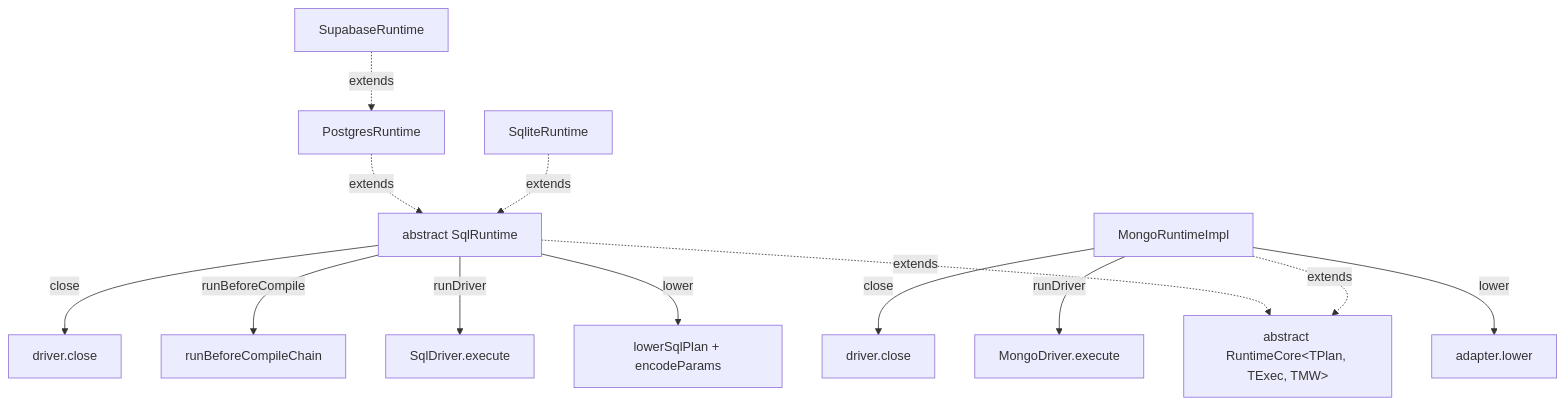
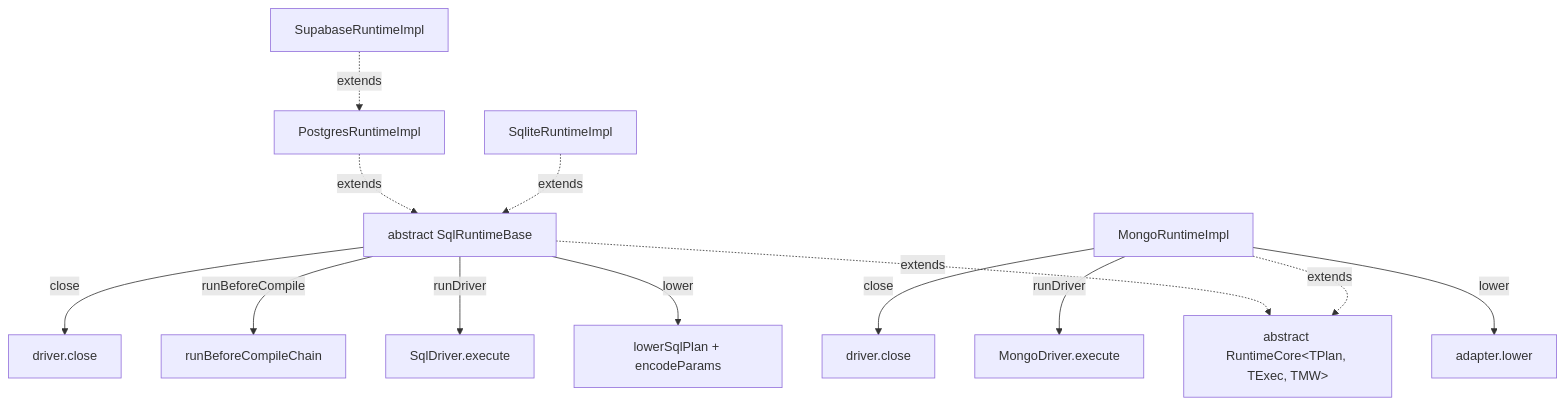
One commit to prisma/prisma-next changed the second of 3 diagrams in docs/architecture docs/subsystems/4. Runtime & Middleware Framework.md. Above: the diagram before and after it, drawn with Mermaid. The commit also changed other lines of this file and 1 other file, not shown here.

First line of the commit message:
review(F01): refresh stale v1 references in Runtime subsystem doc

````diff
--- a/docs/architecture docs/subsystems/4. Runtime & Middleware Framework.md
+++ b/docs/architecture docs/subsystems/4. Runtime & Middleware Framework.md
@@ -148,18 +148,18 @@
 ```mermaid
 flowchart TB
   Core[abstract RuntimeCore&lt;TPlan, TExec, TMW&gt;]
-  SR[abstract SqlRuntime]
+  SR[abstract SqlRuntimeBase]
   MR[MongoRuntimeImpl]
   SR -.extends.-> Core
   MR -.extends.-> Core
   SR -- lower --> LowerS[lowerSqlPlan + encodeParams]
   SR -- runDriver --> DriverS[SqlDriver.execute]
   SR -- runBeforeCompile --> BCC[runBeforeCompileChain]
   SR -- close --> CloseS[driver.close]
   MR -- lower --> LowerM[adapter.lower]
   MR -- runDriver --> DriverM[MongoDriver.execute]
   MR -- close --> CloseM[driver.close]
-  PR[PostgresRuntime] -.extends.-> SR
-  SLR[SqliteRuntime] -.extends.-> SR
-  SupR[SupabaseRuntime] -.extends.-> PR
+  PR[PostgresRuntimeImpl] -.extends.-> SR
+  SLR[SqliteRuntimeImpl] -.extends.-> SR
+  SupR[SupabaseRuntimeImpl] -.extends.-> PR
 ```
````
